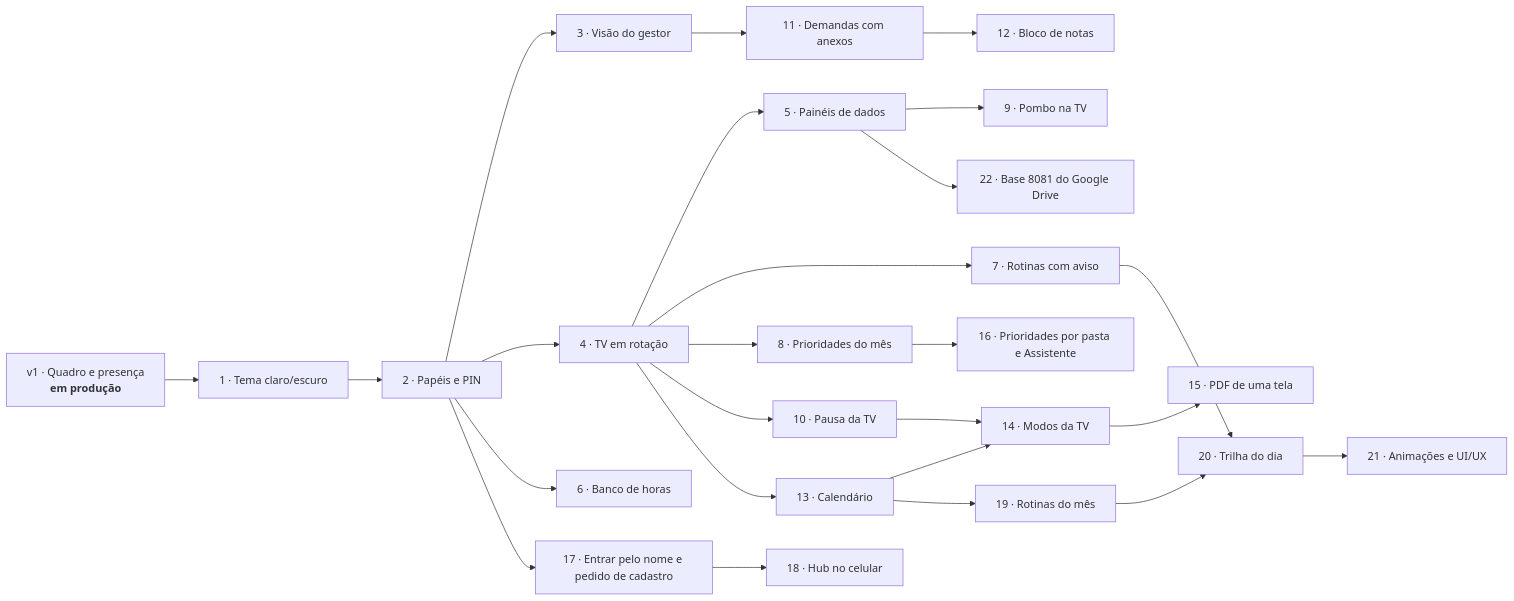
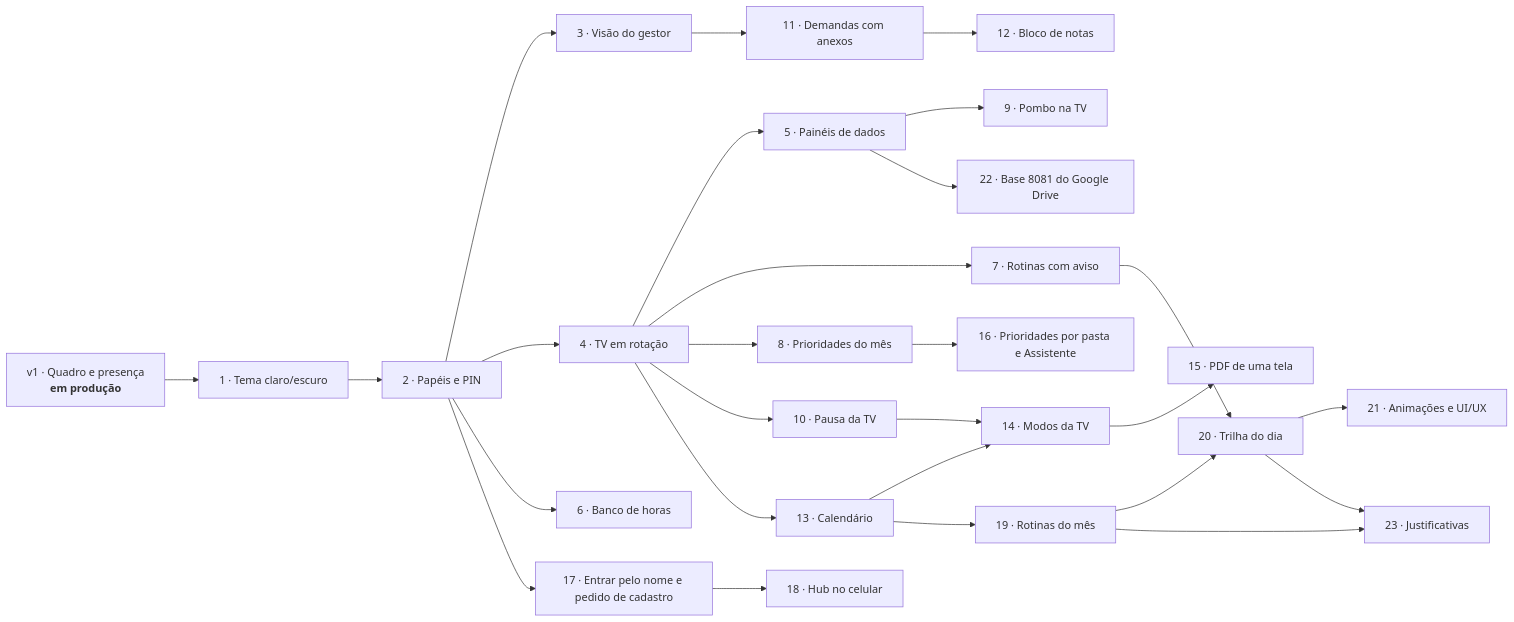
The diagram in docs/roadmap.md (fishman2004/hub-analistas), drawn with Mermaid before and after one commit. The commit also changed other lines of this file and 23 other files, not shown here.

````diff
--- a/docs/roadmap.md
+++ b/docs/roadmap.md
@@ -5,27 +5,29 @@
 ```mermaid
 flowchart LR
     V1[v1 · Quadro e presença<br><b>em produção</b>] --> F1[1 · Tema claro/escuro]
     F1 --> F2[2 · Papéis e PIN]
     F2 --> F3[3 · Visão do gestor]
     F2 --> F4[4 · TV em rotação]
     F4 --> F5[5 · Painéis de dados]
     F2 --> F6[6 · Banco de horas]
     F4 --> F7[7 · Rotinas com aviso]
     F4 --> F8[8 · Prioridades do mês]
     F5 --> F9[9 · Pombo na TV]
     F4 --> F10[10 · Pausa da TV]
     F3 --> F11[11 · Demandas com anexos]
     F11 --> F12[12 · Bloco de notas]
     F4 --> F13[13 · Calendário]
     F10 --> F14[14 · Modos da TV]
     F13 --> F14
     F14 --> F15[15 · PDF de uma tela]
     F8 --> F16[16 · Prioridades por pasta e Assistente]
     F2 --> F17[17 · Entrar pelo nome e pedido de cadastro]
     F17 --> F18[18 · Hub no celular]
     F13 --> F19[19 · Rotinas do mês]
     F7 --> F20[20 · Trilha do dia]
     F19 --> F20
     F20 --> F21[21 · Animações e UI/UX]
     F5 --> F22[22 · Base 8081 do Google Drive]
+    F20 --> F23[23 · Justificativas]
+    F19 --> F23
 ```
````
